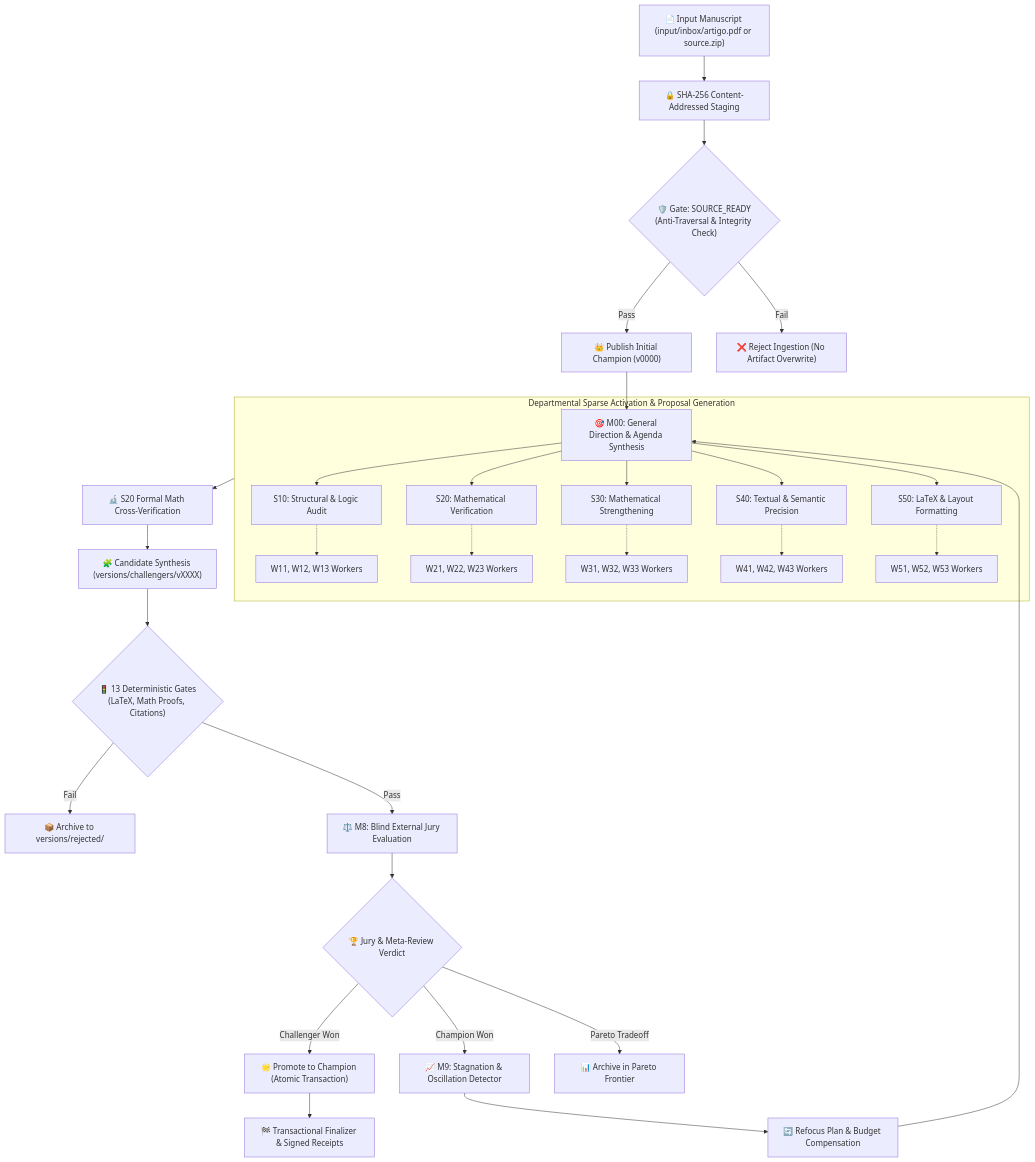
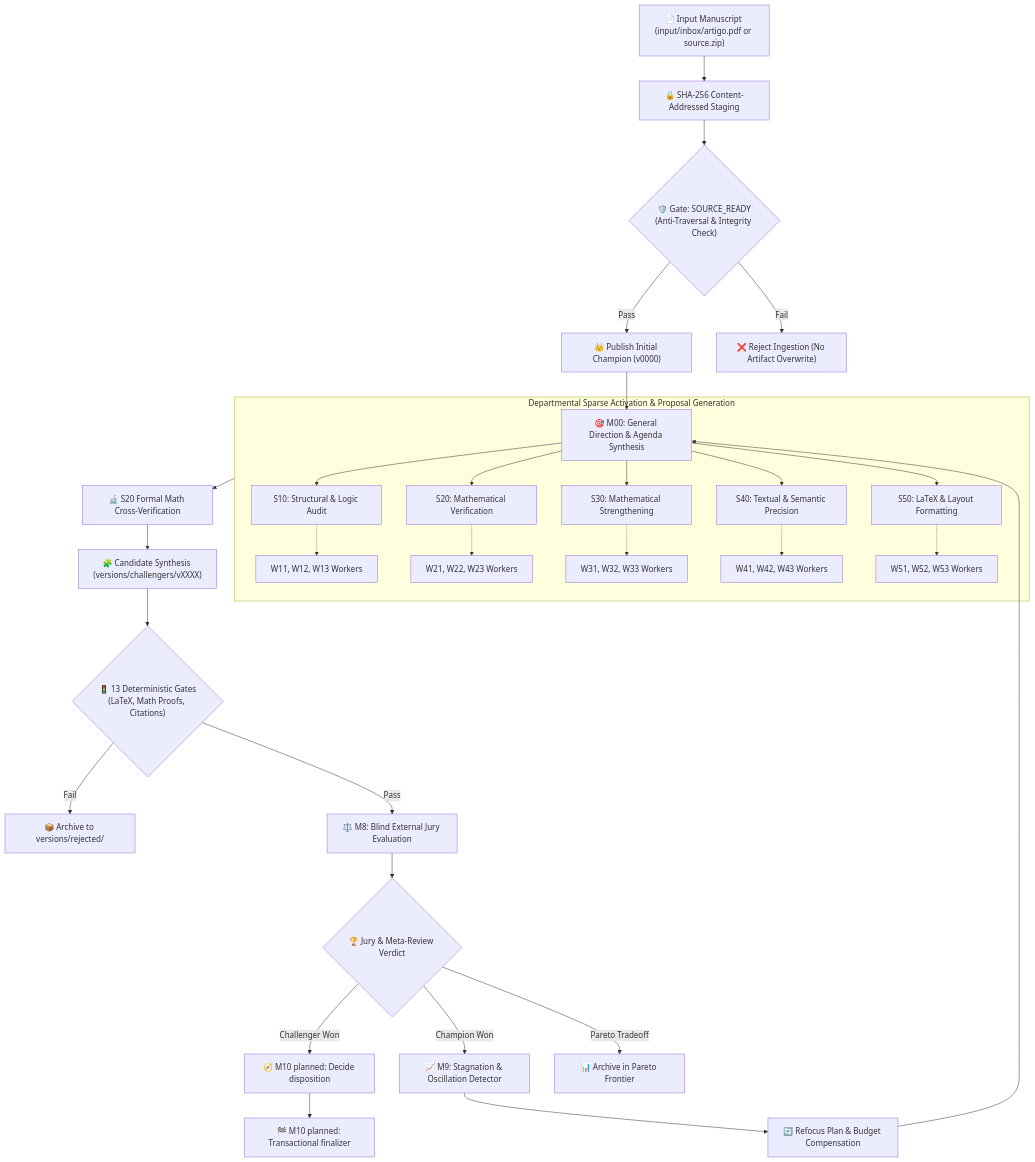
The diagram in README.md (Walc21/LOOP-PRIMER), drawn with Mermaid before and after one commit. The commit also changed other lines of this file and 9 other files, not shown here.

````diff
--- a/README.md
+++ b/README.md
@@ -69,40 +83,40 @@
 ```mermaid
 flowchart TD
     A["📄 Input Manuscript (input/inbox/artigo.pdf or source.zip)"] --> B["🔒 SHA-256 Content-Addressed Staging"]
     B --> C{"🛡️ Gate: SOURCE_READY\n(Anti-Traversal & Integrity Check)"}
     
     C -->|Pass| D["👑 Publish Initial Champion (v0000)"]
     C -->|Fail| ERR["❌ Reject Ingestion (No Artifact Overwrite)"]
     
     D --> E["🎯 M00: General Direction & Agenda Synthesis"]
     
     subgraph S_DEP ["Departmental Sparse Activation & Proposal Generation"]
         E --> S10["S10: Structural & Logic Audit"]
         E --> S20["S20: Mathematical Verification"]
         E --> S30["S30: Mathematical Strengthening"]
         E --> S40["S40: Textual & Semantic Precision"]
         E --> S50["S50: LaTeX & Layout Formatting"]
         
         S10 -.-> W_AUD["W11, W12, W13 Workers"]
         S20 -.-> W_VER["W21, W22, W23 Workers"]
         S30 -.-> W_STR["W31, W32, W33 Workers"]
         S40 -.-> W_SEM["W41, W42, W43 Workers"]
         S50 -.-> W_LAT["W51, W52, W53 Workers"]
     end
     
     S_DEP --> F["🔬 S20 Formal Math Cross-Verification"]
     F --> G["🧩 Candidate Synthesis (versions/challengers/vXXXX)"]
     
     G --> H{"🚦 13 Deterministic Gates\n(LaTeX, Math Proofs, Citations)"}
     H -->|Fail| I["📦 Archive to versions/rejected/"]
     H -->|Pass| J["⚖️ M8: Blind External Jury Evaluation"]
     
     J --> K{"🏆 Jury & Meta-Review Verdict"}
     K -->|Champion Won| L["📈 M9: Stagnation & Oscillation Detector"]
-    K -->|Challenger Won| M["🌟 Promote to Champion (Atomic Transaction)"]
+    K -->|Challenger Won| M["🧭 M10 planned: Decide disposition"]
     K -->|Pareto Tradeoff| N["📊 Archive in Pareto Frontier"]
     
     L --> O["🔄 Refocus Plan & Budget Compensation"]
     O --> E
-    M --> P["🏁 Transactional Finalizer & Signed Receipts"]
+    M --> P["🏁 M10 planned: Transactional finalizer"]
 ```
````
